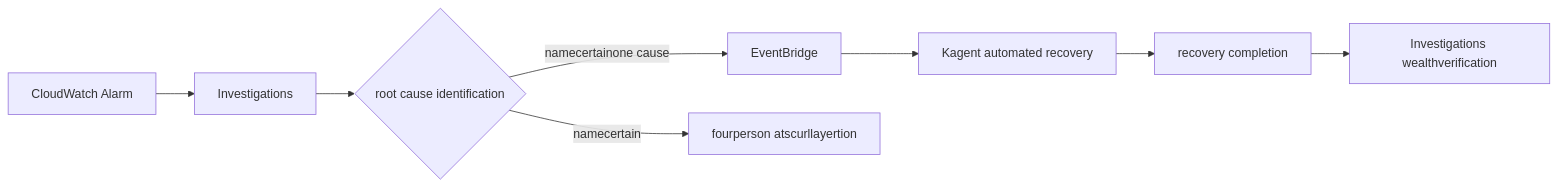
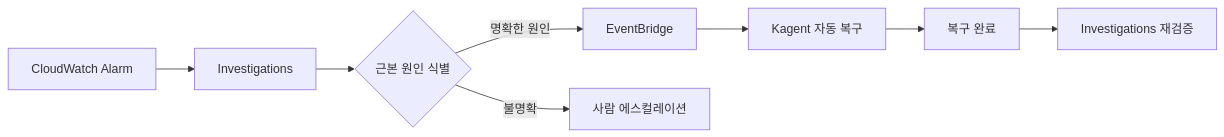
One commit to devfloor9/engineering-playbook changed the sixth of 13 diagrams in i18n/en/docusaurus-plugin-content-docs/current/aidlc/agentic-ops/aiops-predictive-operations.md. Above: the diagram before and after it, drawn with Mermaid. The commit also changed other lines of this file and 95 other files, not shown here.

````diff
--- a/i18n/en/docusaurus-plugin-content-docs/current/aidlc/agentic-ops/aiops-predictive-operations.md
+++ b/i18n/en/docusaurus-plugin-content-docs/current/aidlc/agentic-ops/aiops-predictive-operations.md
@@ -1306,10 +1315,10 @@
 ```mermaid
 graph LR
-A[CloudWatch Alarm] --> B[Investigations]
-B --> C{root cause identification}
-C -->|namecertainone cause| D[EventBridge]
-C -->|namecertain| E[fourperson atscurllayertion]
-D --> F[Kagent automated recovery]
-F --> G[recovery completion]
-G --> H[Investigations wealthverification]
+ A[CloudWatch Alarm] --> B[Investigations]
+ B --> C{근본 원인 식별}
+ C -->|명확한 원인| D[EventBridge]
+ C -->|불명확| E[사람 에스컬레이션]
+ D --> F[Kagent 자동 복구]
+ F --> G[복구 완료]
+ G --> H[Investigations 재검증]
 ```
````
